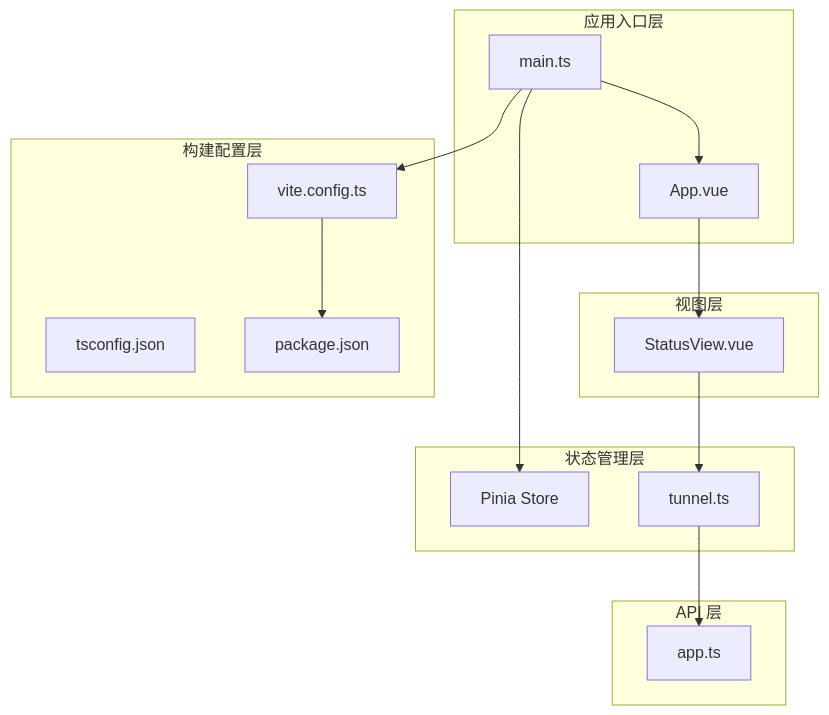
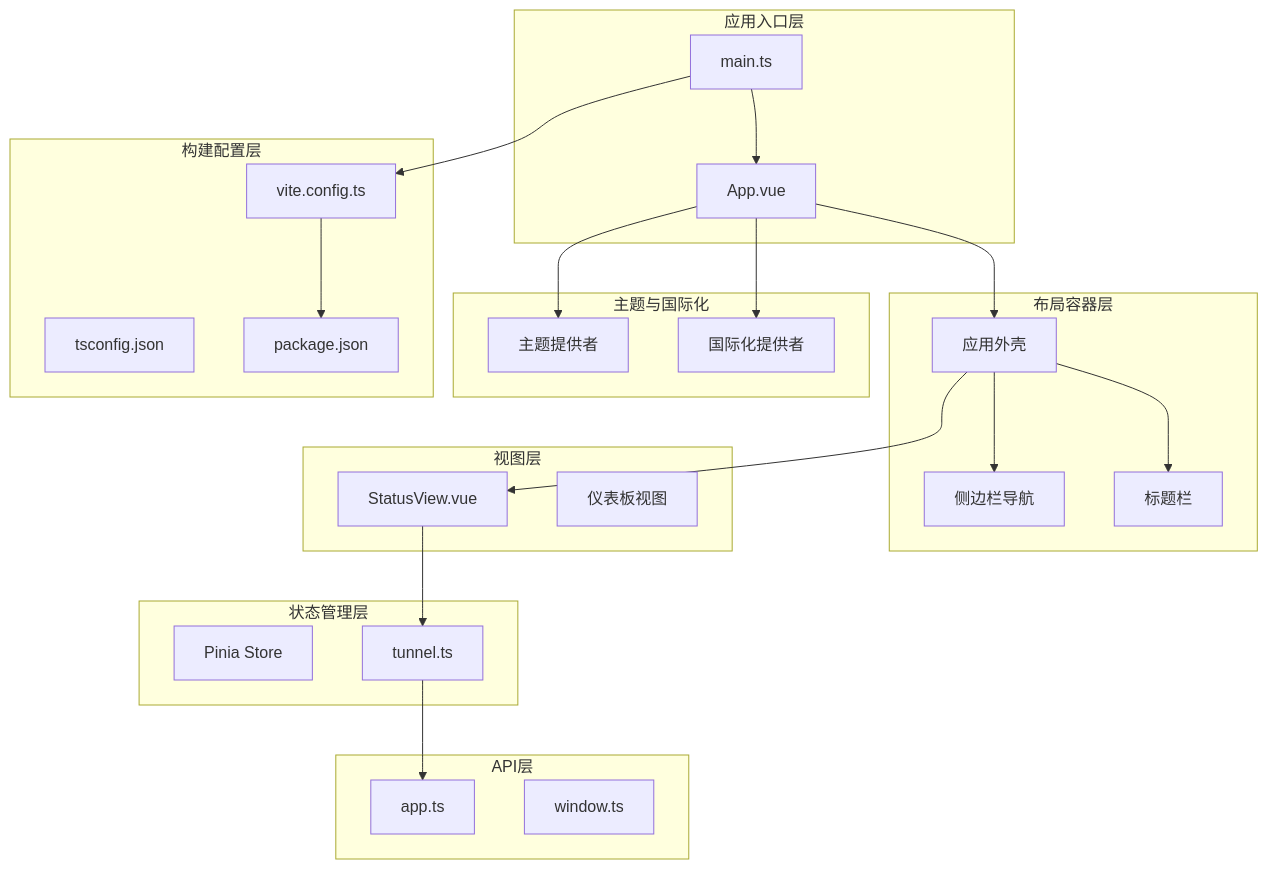
The first of 13 diagrams in .qoder/repowiki/zh/content/架构设计/桌面端架构设计/组件系统设计/组件系统设计.md (itsharex/NexTunnel), drawn with Mermaid before and after one commit. The commit also changed other lines of this file and 41 other files, not shown here.

````diff
--- a/.qoder/repowiki/zh/content/架构设计/桌面端架构设计/组件系统设计/组件系统设计.md
+++ b/.qoder/repowiki/zh/content/架构设计/桌面端架构设计/组件系统设计/组件系统设计.md
@@ -38,29 +47,44 @@
 ```mermaid
 graph TB
 subgraph "应用入口层"
 MainTS[main.ts]
 AppVue[App.vue]
 end
+subgraph "布局容器层"
+LayoutShell[应用外壳]
+SidebarNav[侧边栏导航]
+HeaderBar[标题栏]
+end
 subgraph "视图层"
 StatusView[StatusView.vue]
+Dashboard[仪表板视图]
 end
 subgraph "状态管理层"
 Pinia[Pinia Store]
 TunnelStore[tunnel.ts]
 end
-subgraph "API 层"
+subgraph "API层"
 APIService[app.ts]
+WindowAPI[window.ts]
+end
+subgraph "主题与国际化"
+ThemeProvider[主题提供者]
+I18nProvider[国际化提供者]
 end
 subgraph "构建配置层"
 ViteConfig[vite.config.ts]
 TSConfig[tsconfig.json]
 PackageJSON[package.json]
 end
 MainTS --> AppVue
-AppVue --> StatusView
+AppVue --> LayoutShell
+LayoutShell --> SidebarNav
+LayoutShell --> HeaderBar
+LayoutShell --> StatusView
 StatusView --> TunnelStore
 TunnelStore --> APIService
-MainTS --> Pinia
+AppVue --> ThemeProvider
+AppVue --> I18nProvider
 MainTS --> ViteConfig
 ViteConfig --> PackageJSON
 ```
````
